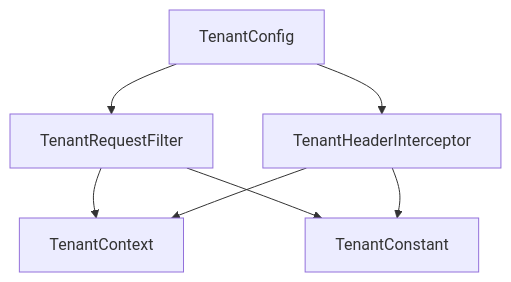
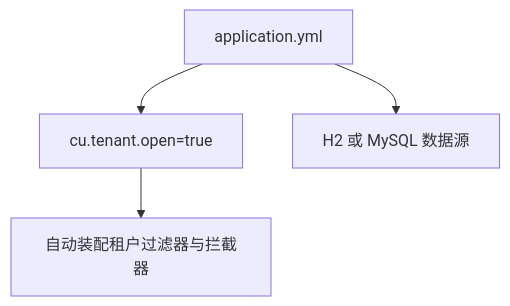
One commit to LiukewenSC/kewen-framework changed the ninth of 9 diagrams in .qoder/repowiki/zh/content/示例应用/多租户示例.md. Above: the diagram before and after it, drawn with Mermaid. The commit also changed other lines of this file and 195 other files, not shown here.

````diff
--- a/.qoder/repowiki/zh/content/示例应用/多租户示例.md
+++ b/.qoder/repowiki/zh/content/示例应用/多租户示例.md
@@ -239,9 +313,6 @@
 ```mermaid
-graph TB
-Cfg["TenantConfig"] --> Filt["TenantRequestFilter"]
-Cfg --> Intc["TenantHeaderInterceptor"]
-Filt --> Ctx["TenantContext"]
-Intc --> Ctx
-Filt --> Const["TenantConstant"]
-Intc --> Const
+flowchart TD
+    Config["application.yml"] --> Switch["cu.tenant.open=true"]
+    Switch --> AutoConfig["自动装配租户过滤器与拦截器"]
+    Config --> DataSource["H2 或 MySQL 数据源"]
 ```
````
